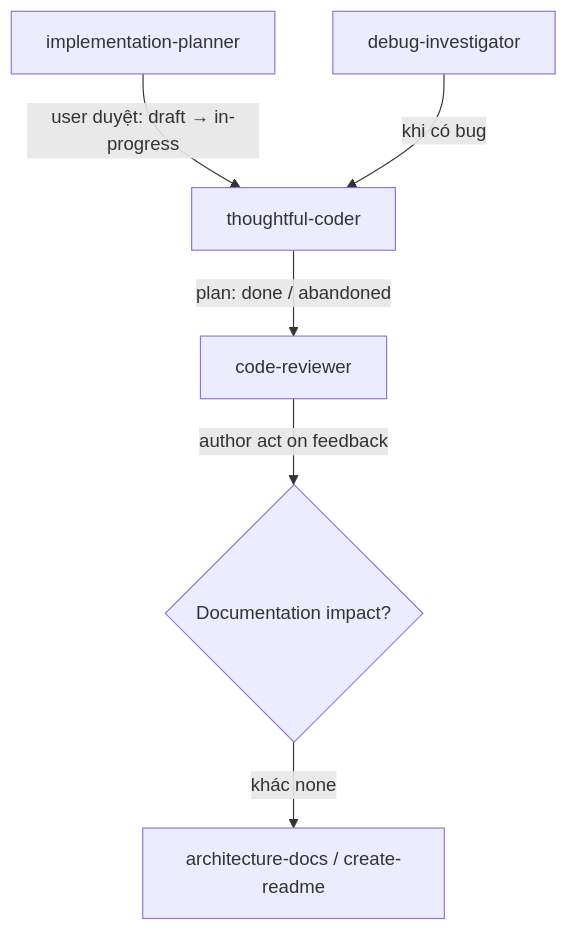
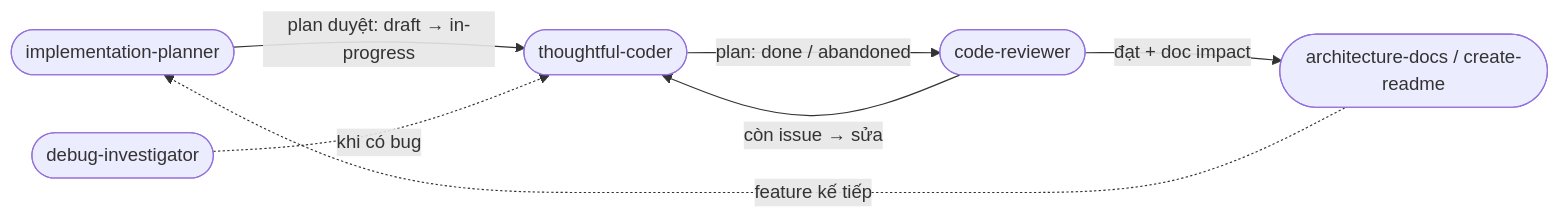
The diagram in README.md (Flowerf19/agents-skills), drawn with Mermaid before and after one commit. The commit also changed other lines of this file, not shown here.

Commit message:
docs: update workflow chain diagram and .agents/ structure for clarity

````diff
--- a/README.md
+++ b/README.md
@@ -47,8 +47,9 @@
 ```mermaid
-flowchart TD
-    IP[implementation-planner] -->|user duyệt: draft → in-progress| TC[thoughtful-coder]
-    DI[debug-investigator] -->|khi có bug| TC
-    TC -->|plan: done / abandoned| CR[code-reviewer]
-    CR -->|author act on feedback| DOC{Documentation impact?}
-    DOC -->|khác none| DOCS[architecture-docs / create-readme]
+flowchart LR
+    IP([implementation-planner]) -->|plan duyệt: draft → in-progress| TC([thoughtful-coder])
+    TC -->|plan: done / abandoned| CR([code-reviewer])
+    CR -->|còn issue → sửa| TC
+    CR -->|đạt + doc impact| DOCS([architecture-docs / create-readme])
+    DOCS -.->|feature kế tiếp| IP
+    DI([debug-investigator]) -.->|khi có bug| TC
 ```
````
